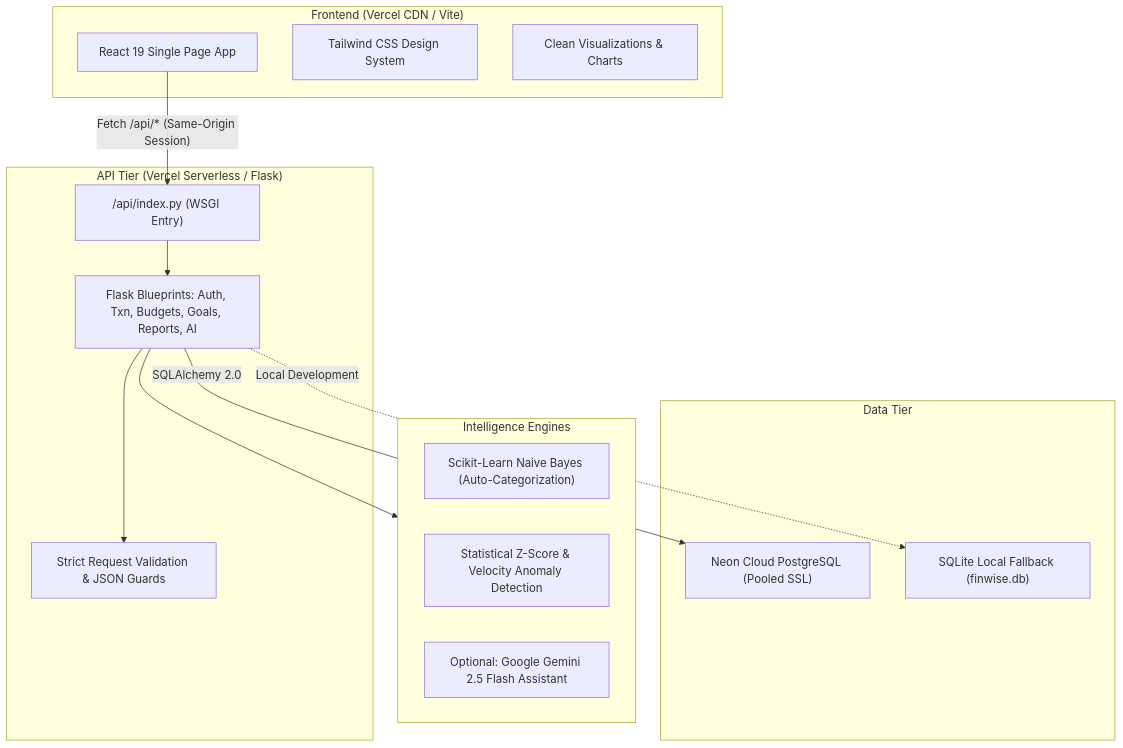
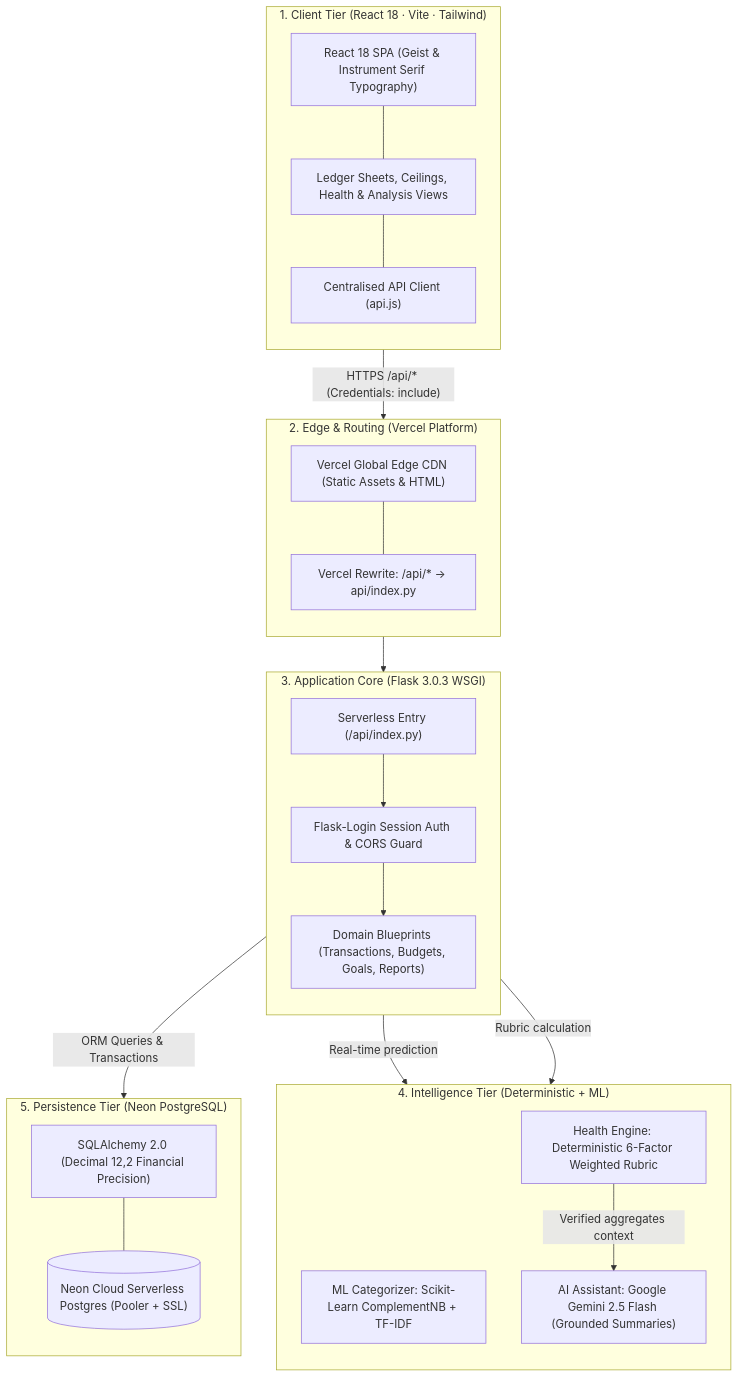
Before and after one commit to Git-huber2007/FinWise: the diagram in README.md, drawn with Mermaid. The commit also changed other lines of this file and 2 other files, not shown here.

Commit message:
docs: publish architecture diagram to web and GitHub docs

````diff
--- a/README.md
+++ b/README.md
@@ -21,32 +21,46 @@
 ```mermaid
 flowchart TD
-    subgraph Client["Frontend (Vercel CDN / Vite)"]
-        UI["React 19 Single Page App"]
-        Tailwind["Tailwind CSS Design System"]
-        Recharts["Clean Visualizations & Charts"]
+    subgraph Client["1. Client Tier (React 18 · Vite · Tailwind)"]
+        direction TB
+        UI["React 18 SPA (Geist & Instrument Serif Typography)"]
+        LedgerUI["Ledger Sheets, Ceilings, Health & Analysis Views"]
+        FetchClient["Centralised API Client (api.js)"]
+        UI --- LedgerUI --- FetchClient
     end
 
-    subgraph Serverless["API Tier (Vercel Serverless / Flask)"]
-        VercelAPI["/api/index.py (WSGI Entry)"]
-        Routes["Flask Blueprints: Auth, Txn, Budgets, Goals, Reports, AI"]
-        Validation["Strict Request Validation & JSON Guards"]
+    subgraph Edge["2. Edge & Routing (Vercel Platform)"]
+        direction TB
+        CDN["Vercel Global Edge CDN (Static Assets & HTML)"]
+        RewriteRule["Vercel Rewrite: /api/* -> api/index.py"]
+        CDN --- RewriteRule
     end
 
-    subgraph Intelligence["Intelligence Engines"]
-        LocalML["Scikit-Learn Naive Bayes (Auto-Categorization)"]
-        Anomaly["Statistical Z-Score & Velocity Anomaly Detection"]
-        Gemini["Optional: Google Gemini 2.5 Flash Assistant"]
+    subgraph Serverless["3. Application Core (Flask 3.0.3 WSGI)"]
+        direction TB
+        WSGIEntry["Serverless Entry (/api/index.py)"]
+        AuthShield["Flask-Login Session Auth & CORS Guard"]
+        DomainRoutes["Domain Blueprints (Transactions, Budgets, Goals, Reports)"]
+        WSGIEntry --> AuthShield --> DomainRoutes
     end
 
-    subgraph DataTier["Data Tier"]
-        Neon["Neon Cloud PostgreSQL (Pooled SSL)"]
-        SQLiteLocal["SQLite Local Fallback (finwise.db)"]
+    subgraph Intelligence["4. Intelligence Tier (Deterministic + ML)"]
+        direction TB
+        Categorizer["ML Categorizer: Scikit-Learn ComplementNB + TF-IDF"]
+        HealthScorer["Health Engine: Deterministic 6-Factor Weighted Rubric"]
+        GeminiAssistant["AI Assistant: Google Gemini 2.5 Flash (Grounded Summaries)"]
     end
 
-    UI -->|"Fetch /api/* (Same-Origin Session)"| VercelAPI
-    VercelAPI --> Routes
-    Routes --> Validation
-    Routes --> Intelligence
-    Routes -->|"SQLAlchemy 2.0"| Neon
-    Routes -.->|"Local Development"| SQLiteLocal
+    subgraph DataTier["5. Persistence Tier (Neon PostgreSQL)"]
+        direction TB
+        NeonDB[("Neon Cloud Serverless Postgres (Pooler + SSL)")]
+        SQLAlchemyORM["SQLAlchemy 2.0 (Decimal 12,2 Financial Precision)"]
+        SQLAlchemyORM --- NeonDB
+    end
+
+    FetchClient -->|"HTTPS /api/* (Credentials: include)"| RewriteRule
+    RewriteRule --> WSGIEntry
+    DomainRoutes -->|"Real-time prediction"| Categorizer
+    DomainRoutes -->|"Rubric calculation"| HealthScorer
+    HealthScorer -->|"Verified aggregates context"| GeminiAssistant
+    DomainRoutes -->|"ORM Queries & Transactions"| SQLAlchemyORM
 ```
````
